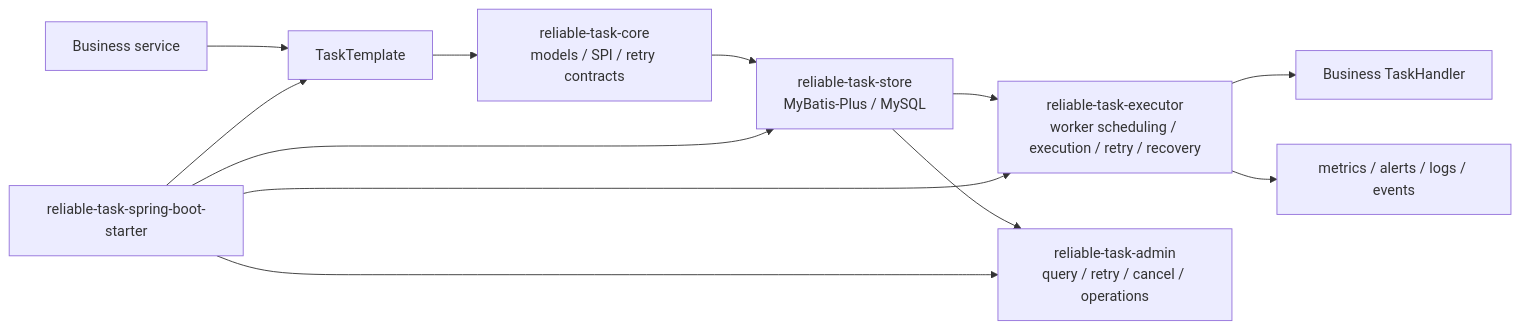
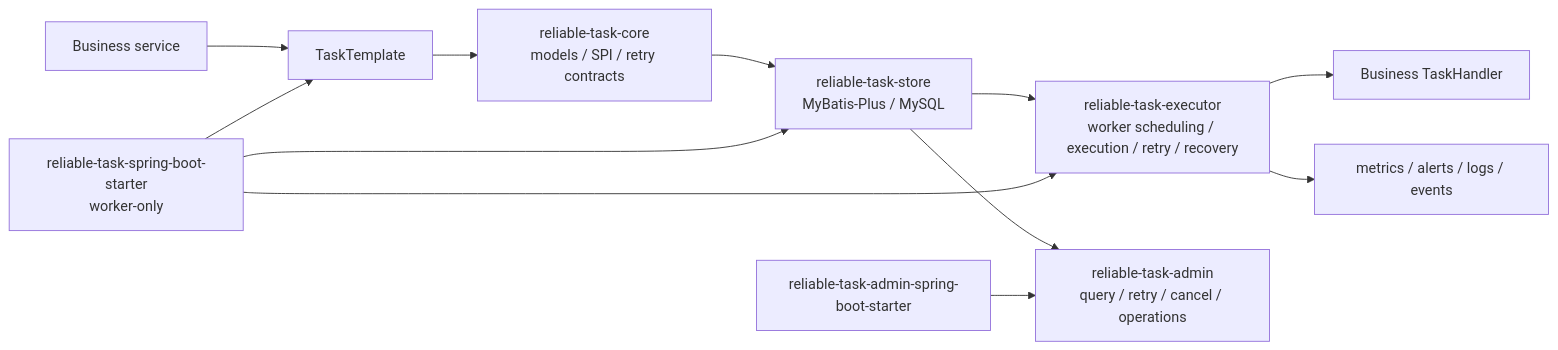
The diagram in README.md (naruto863/reliable-task), drawn with Mermaid before and after one commit. The commit also changed other lines of this file and 69 other files, not shown here.

````diff
--- a/README.md
+++ b/README.md
@@ -94,14 +95,14 @@
 ```mermaid
 flowchart LR
     A["Business service"] --> B["TaskTemplate"]
     B --> C["reliable-task-core<br/>models / SPI / retry contracts"]
     C --> D["reliable-task-store<br/>MyBatis-Plus / MySQL"]
     D --> E["reliable-task-executor<br/>worker scheduling / execution / retry / recovery"]
     E --> F["Business TaskHandler"]
     E --> G["metrics / alerts / logs / events"]
     D --> H["reliable-task-admin<br/>query / retry / cancel / operations"]
-    I["reliable-task-spring-boot-starter"] --> B
+    I["reliable-task-spring-boot-starter<br/>worker-only"] --> B
     I --> D
     I --> E
-    I --> H
+    J["reliable-task-admin-spring-boot-starter"] --> H
 ```
````
